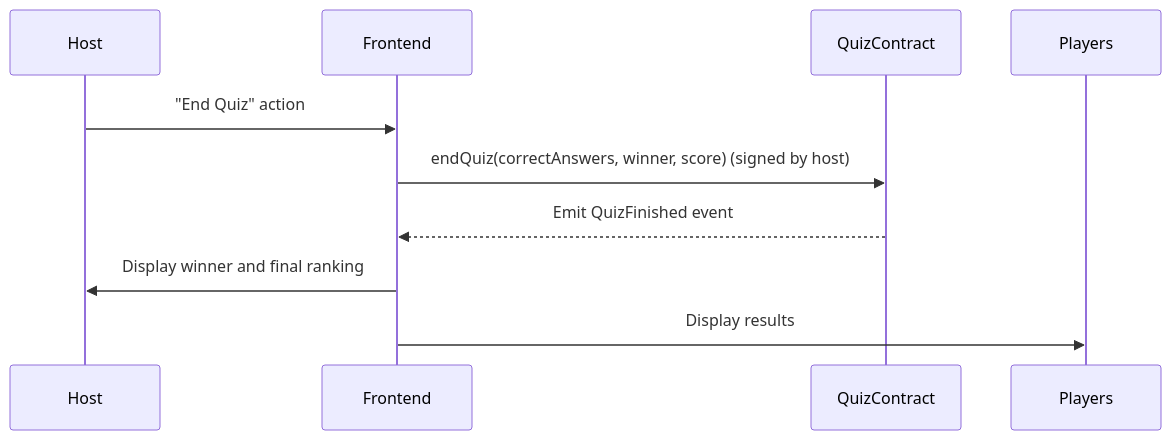
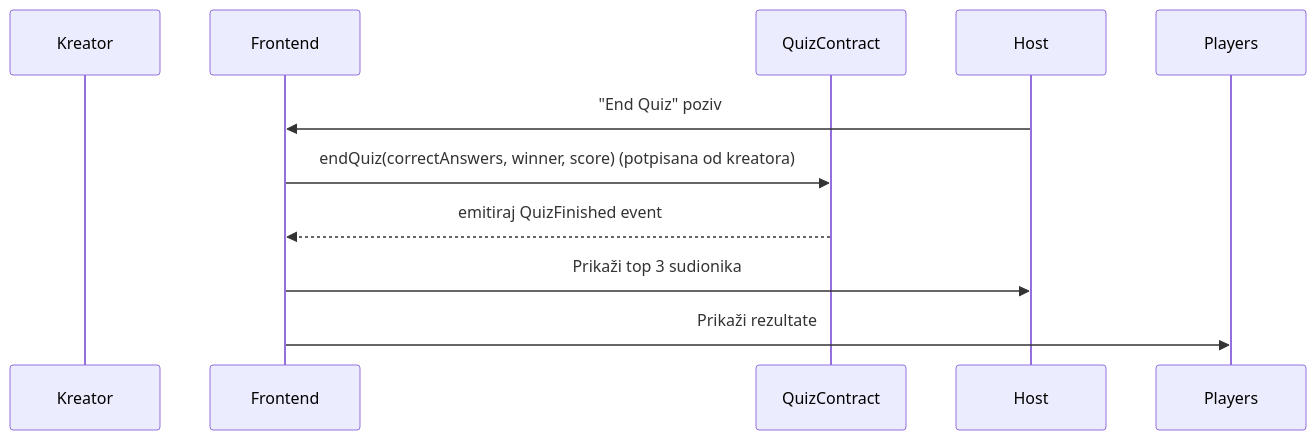
One commit to ian12-21/QuizApp-Frontend changed the sixth of 6 diagrams in README_Version3.md. Above: the diagram before and after it, drawn with Mermaid. The commit also changed other lines of this file, not shown here.

````diff
--- a/README_Version3.md
+++ b/README_Version3.md
@@ -102,12 +102,12 @@
 ```mermaid
 sequenceDiagram
-    participant Host
+    participant Kreator
     participant Frontend
     participant QuizSC as QuizContract
 
-    Host->>Frontend: "End Quiz" action
-    Frontend->>QuizSC: endQuiz(correctAnswers, winner, score) (signed by host)
-    QuizSC-->>Frontend: Emit QuizFinished event
-    Frontend->>Host: Display winner and final ranking
-    Frontend->>Players: Display results
+    Host->>Frontend: "End Quiz" poziv
+    Frontend->>QuizSC: endQuiz(correctAnswers, winner, score) (potpisana od kreatora)
+    QuizSC-->>Frontend: emitiraj QuizFinished event
+    Frontend->>Host: Prikaži top 3 sudionika 
+    Frontend->>Players: Prikaži rezultate
 ```
````
